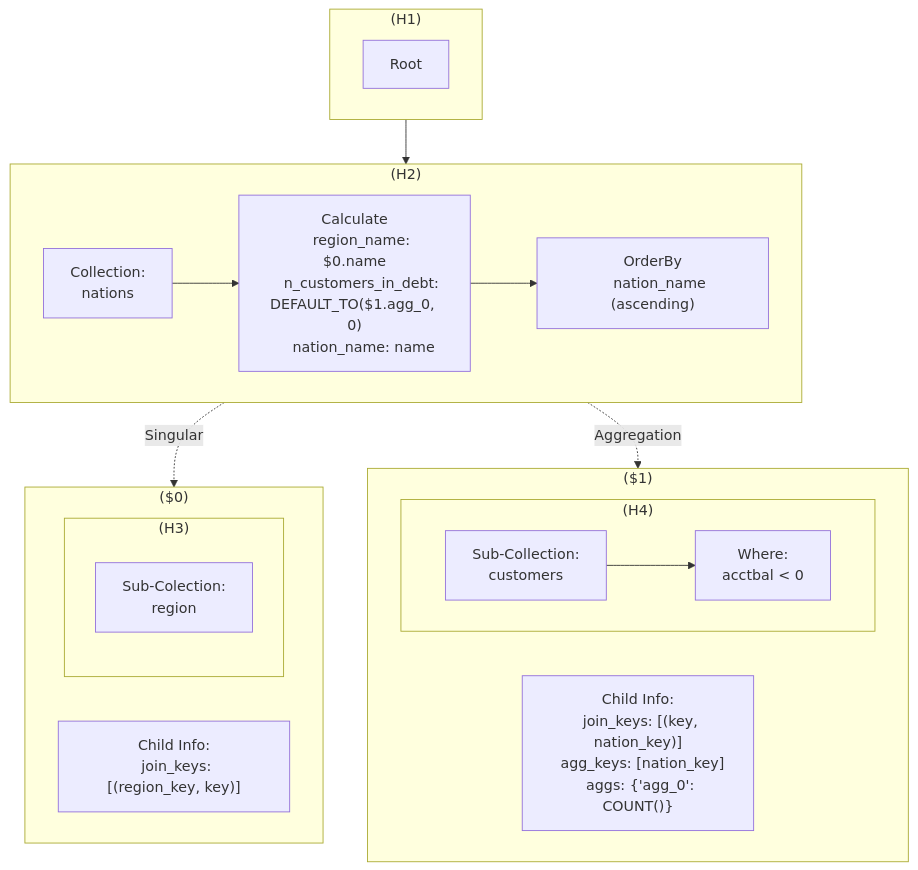
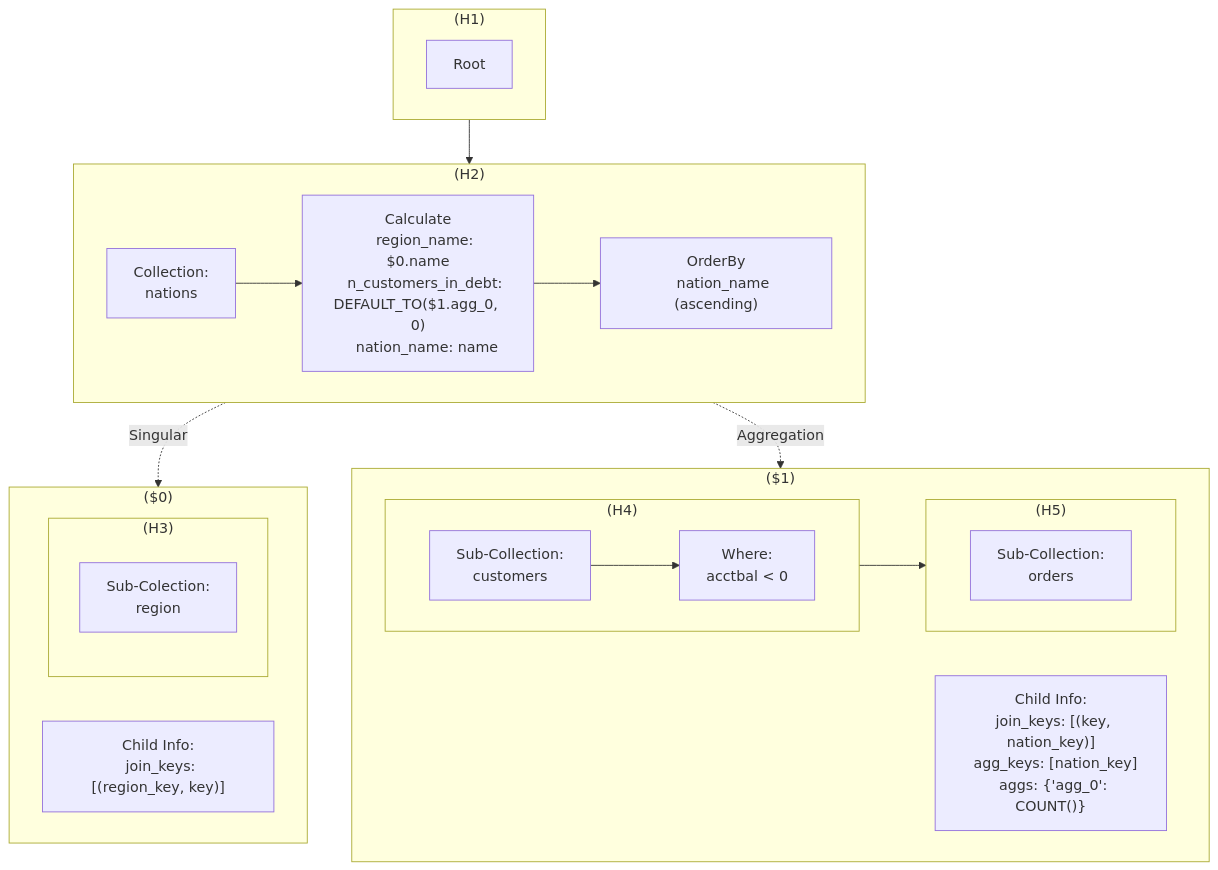
Before and after one commit to bodo-ai/PyDough: the third of 6 diagrams in documentation/ir.md, drawn with Mermaid. The commit also changed other lines of this file, not shown here.

````diff
--- a/documentation/ir.md
+++ b/documentation/ir.md
@@ -177,46 +205,52 @@
 ```mermaid
 flowchart TD
   subgraph L1["(H1)"]
   A[Root]
   end
   subgraph L2["(H2)"]
   direction LR
     B[Collection:
     nations]
     C["Calculate
     region_name: $0.name
     n_customers_in_debt: DEFAULT_TO($1.agg_0, 0)
     nation_name: name
     "]
     D["OrderBy
     nation_name (ascending)"]
     B --> C --> D
   end
   subgraph L4c["($1)"]
   subgraph L4["(H4)"]
-  direction LR
-  R[Sub-Collection:
-  customers]
-  S[Where:
-  acctbal < 0]
-  R --> S
+    direction LR
+    R[Sub-Collection:
+    customers]
+    S[Where:
+    acctbal < 0]
+    R --> S
+  end
+  subgraph L5["(H5)"]
+    direction LR
+    V[Sub-Collection:
+    orders]
   end
   T["Child Info:
   join_keys: [(key, nation_key)]
   agg_keys: [nation_key]
   aggs: {'agg_0': COUNT()}
   "]
   end
   subgraph L3c["($0)"]
   subgraph L3["(H3)"]
   Q[Sub-Colection:
   region]
   end
   U["Child Info:
   join_keys: [(region_key, key)]
   "]
   end
   L1 --> L2
   L2 -.->|Singular| L3c
   L2 -.->|Aggregation| L4c
+  L4 --> L5
 ```
````
